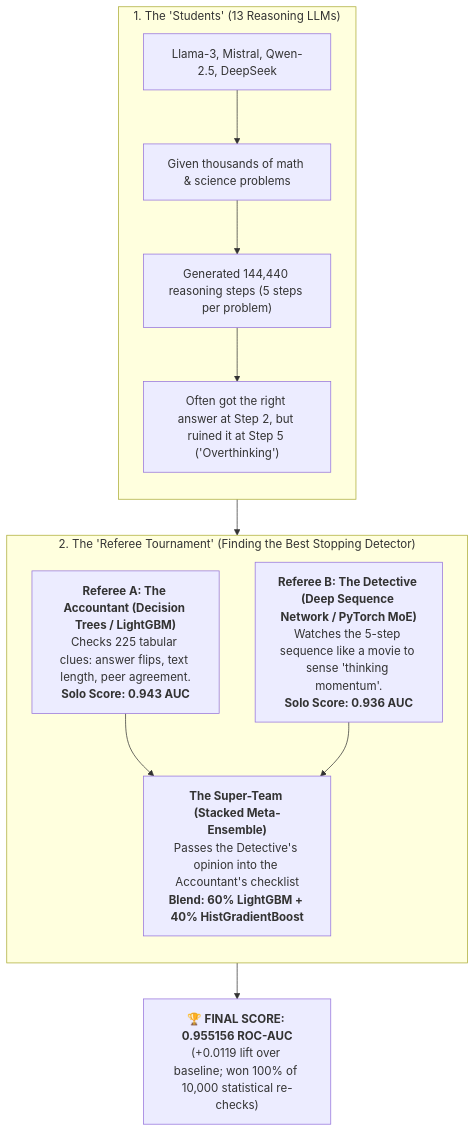
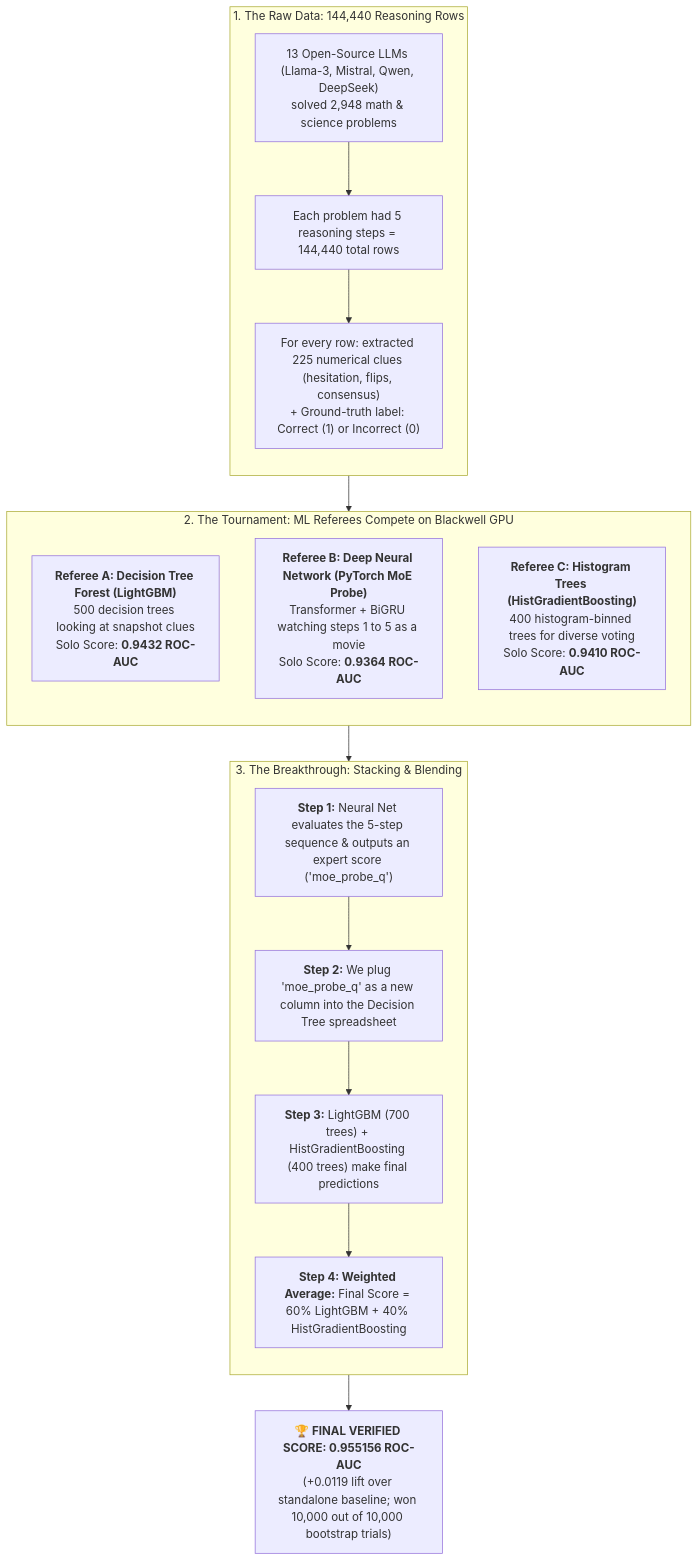
One commit to bhattadiCS/research-thesis-overthinking-boundary changed the diagram in README.md. Above: the diagram before and after it, drawn with Mermaid. The commit also changed other lines of this file and 2 other files, not shown here.

Commit message:
docs: expand plain-English explanation of 0.955 AUC tournament, decision trees, and stacking across README and roadmaps

````diff
--- a/README.md
+++ b/README.md
@@ -76,23 +76,30 @@
 ```mermaid
 flowchart TD
-    subgraph Students["1. The 'Students' (13 Reasoning LLMs)"]
+    subgraph Data["1. The Raw Data: 144,440 Reasoning Rows"]
         direction TB
-        S1["Llama-3, Mistral, Qwen-2.5, DeepSeek"]
-        S2["Given thousands of math & science problems"]
-        S3["Generated 144,440 reasoning steps (5 steps per problem)"]
-        S4["Often got the right answer at Step 2, but ruined it at Step 5 ('Overthinking')"]
-        S1 --> S2 --> S3 --> S4
+        D1["13 Open-Source LLMs (Llama-3, Mistral, Qwen, DeepSeek)<br/>solved 2,948 math & science problems"]
+        D2["Each problem had 5 reasoning steps = 144,440 total rows"]
+        D3["For every row: extracted 225 numerical clues (hesitation, flips, consensus)<br/>+ Ground-truth label: Correct (1) or Incorrect (0)"]
+        D1 --> D2 --> D3
     end
 
-    subgraph Referees["2. The 'Referee Tournament' (Finding the Best Stopping Detector)"]
+    subgraph Contenders["2. The Tournament: ML Referees Compete on Blackwell GPU"]
         direction TB
-        R1["<b>Referee A: The Accountant (Decision Trees / LightGBM)</b><br/>Checks 225 tabular clues: answer flips, text length, peer agreement.<br/><b>Solo Score: 0.943 AUC</b>"]
-        R2["<b>Referee B: The Detective (Deep Sequence Network / PyTorch MoE)</b><br/>Watches the 5-step sequence like a movie to sense 'thinking momentum'.<br/><b>Solo Score: 0.936 AUC</b>"]
-        R3["<b>The Super-Team (Stacked Meta-Ensemble)</b><br/>Passes the Detective's opinion into the Accountant's checklist<br/><b>Blend: 60% LightGBM + 40% HistGradientBoost</b>"]
-        R1 --> R3
-        R2 --> R3
+        C1["<b>Referee A: Decision Tree Forest (LightGBM)</b><br/>500 decision trees looking at snapshot clues<br/>Solo Score: <b>0.9432 ROC-AUC</b>"]
+        C2["<b>Referee B: Deep Neural Network (PyTorch MoE Probe)</b><br/>Transformer + BiGRU watching steps 1 to 5 as a movie<br/>Solo Score: <b>0.9364 ROC-AUC</b>"]
+        C3["<b>Referee C: Histogram Trees (HistGradientBoosting)</b><br/>400 histogram-binned trees for diverse voting<br/>Solo Score: <b>0.9410 ROC-AUC</b>"]
     end
 
-    Students --> Referees
-    R3 --> Winner["🏆 <b>FINAL SCORE: 0.955156 ROC-AUC</b><br/>(+0.0119 lift over baseline; won 100% of 10,000 statistical re-checks)"]
+    subgraph Ensemble["3. The Breakthrough: Stacking & Blending"]
+        direction TB
+        E1["<b>Step 1:</b> Neural Net evaluates the 5-step sequence & outputs an expert score ('moe_probe_q')"]
+        E2["<b>Step 2:</b> We plug 'moe_probe_q' as a new column into the Decision Tree spreadsheet"]
+        E3["<b>Step 3:</b> LightGBM (700 trees) + HistGradientBoosting (400 trees) make final predictions"]
+        E4["<b>Step 4: Weighted Average:</b> Final Score = 60% LightGBM + 40% HistGradientBoosting"]
+        E1 --> E2 --> E3 --> E4
+    end
+
+    Data --> Contenders
+    Contenders --> Ensemble
+    Ensemble --> Champ["🏆 <b>FINAL VERIFIED SCORE: 0.955156 ROC-AUC</b><br/>(+0.0119 lift over standalone baseline; won 10,000 out of 10,000 bootstrap trials)"]
 ```
````
